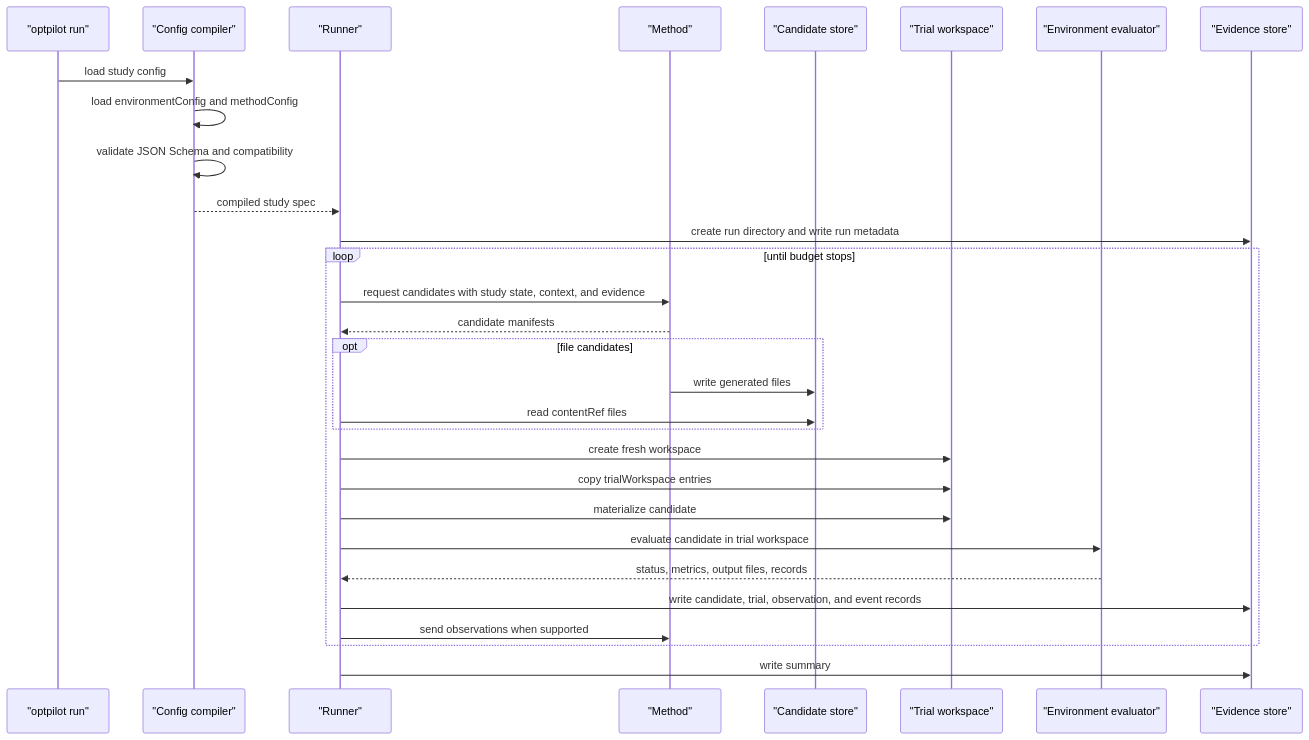
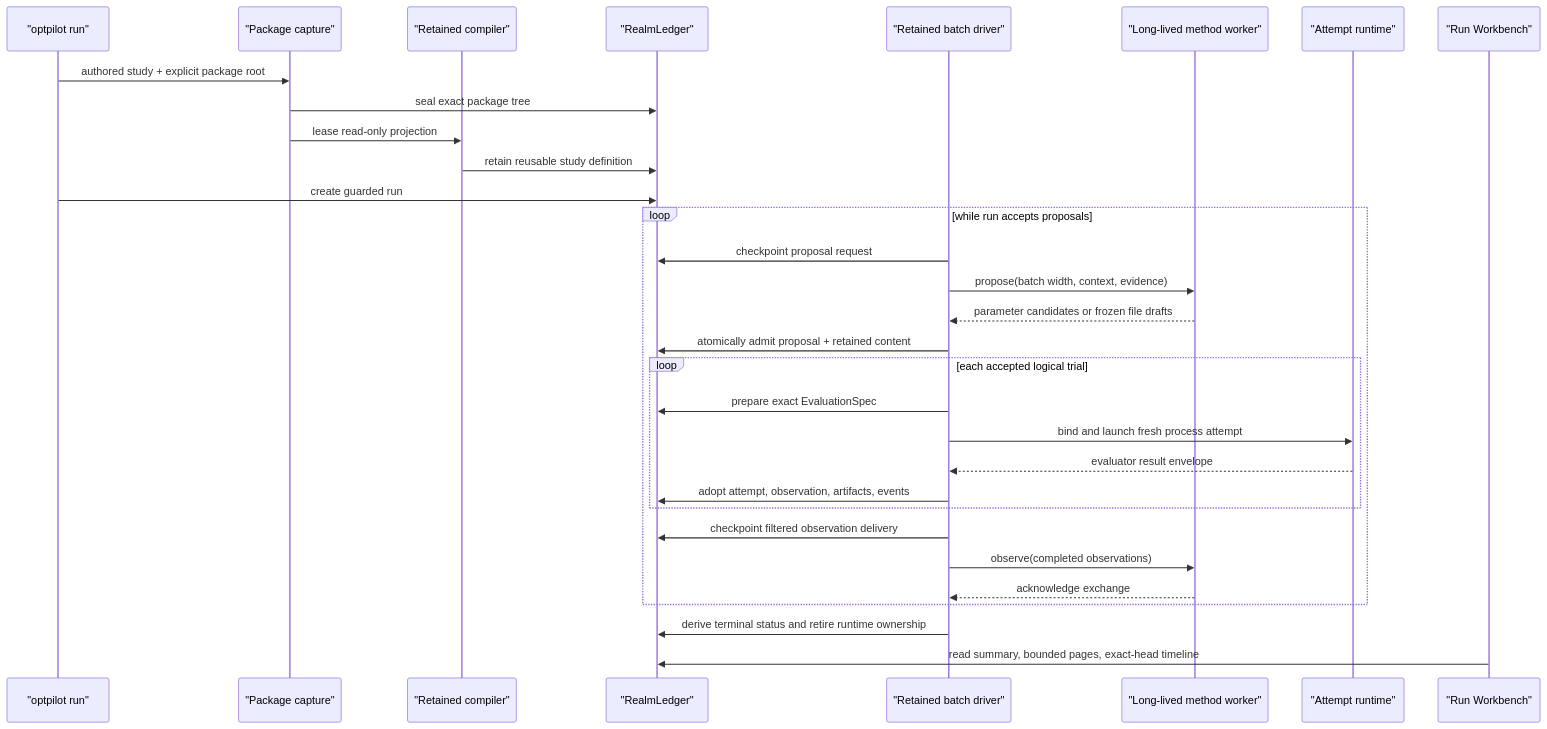
The diagram in docs/how-it-works.md (MINDS-THU/OptPilot), drawn with Mermaid before and after one commit. The commit also changed other lines of this file and 779 other files, not shown here.

````diff
--- a/docs/how-it-works.md
+++ b/docs/how-it-works.md
@@ -14,37 +22,38 @@
 ```mermaid
 sequenceDiagram
   participant CLI as "optpilot run"
-  participant Compiler as "Config compiler"
-  participant Runner as "Runner"
-  participant Method as "Method"
-  participant CandidateStore as "Candidate store"
-  participant Trial as "Trial workspace"
-  participant Evaluator as "Environment evaluator"
-  participant Evidence as "Evidence store"
+  participant Capture as "Package capture"
+  participant Compiler as "Retained compiler"
+  participant Realm as "RealmLedger"
+  participant Driver as "Retained batch driver"
+  participant Method as "Long-lived method worker"
+  participant Runtime as "Attempt runtime"
+  participant Studio as "Run Workbench"
 
-  CLI->>Compiler: load study config
-  Compiler->>Compiler: load environmentConfig and methodConfig
-  Compiler->>Compiler: validate JSON Schema and compatibility
-  Compiler-->>Runner: compiled study spec
-  Runner->>Evidence: create run directory and write run metadata
+  CLI->>Capture: authored study + explicit package root
+  Capture->>Realm: seal exact package tree
+  Capture->>Compiler: lease read-only projection
+  Compiler->>Realm: retain reusable study definition
+  CLI->>Realm: create guarded run
 
-  loop until budget stops
-    Runner->>Method: request candidates with study state, context, and evidence
-    Method-->>Runner: candidate manifests
+  loop while run accepts proposals
+    Driver->>Realm: checkpoint proposal request
+    Driver->>Method: propose(batch width, context, evidence)
+    Method-->>Driver: parameter candidates or frozen file drafts
+    Driver->>Realm: atomically admit proposal + retained content
 
-    opt file candidates
-      Method->>CandidateStore: write generated files
-      Runner->>CandidateStore: read contentRef files
+    loop each accepted logical trial
+      Driver->>Realm: prepare exact EvaluationSpec
+      Driver->>Runtime: bind and launch fresh process attempt
+      Runtime-->>Driver: evaluator result envelope
+      Driver->>Realm: adopt attempt, observation, artifacts, events
     end
 
-    Runner->>Trial: create fresh workspace
-    Runner->>Trial: copy trialWorkspace entries
-    Runner->>Trial: materialize candidate
-    Runner->>Evaluator: evaluate candidate in trial workspace
-    Evaluator-->>Runner: status, metrics, output files, records
-    Runner->>Evidence: write candidate, trial, observation, and event records
-    Runner->>Method: send observations when supported
+    Driver->>Realm: checkpoint filtered observation delivery
+    Driver->>Method: observe(completed observations)
+    Method-->>Driver: acknowledge exchange
   end
 
-  Runner->>Evidence: write summary
+  Driver->>Realm: derive terminal status and retire runtime ownership
+  Studio->>Realm: read summary, bounded pages, exact-head timeline
 ```
````
